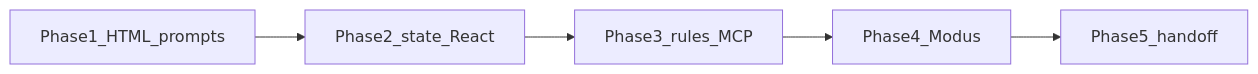
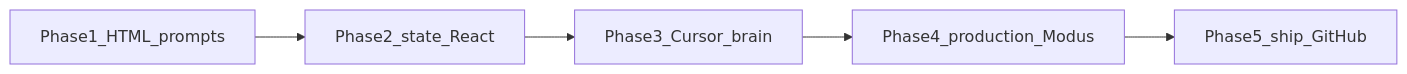
The diagram in docs/vibe-coding-workshop.md (trimble-oss/modus-wc-2.0), drawn with Mermaid before and after one commit. The commit also changed other lines of this file and 3 other files, not shown here.

First line of the commit message:
docs: Day 2 as brain, then Modus, then GitHub ship

````diff
--- a/docs/vibe-coding-workshop.md
+++ b/docs/vibe-coding-workshop.md
@@ -52,9 +53,9 @@
 ```mermaid
 flowchart LR
   p1[Phase1_HTML_prompts]
   p2[Phase2_state_React]
-  p3[Phase3_rules_MCP]
-  p4[Phase4_Modus]
-  p5[Phase5_handoff]
+  p3[Phase3_Cursor_brain]
+  p4[Phase4_production_Modus]
+  p5[Phase5_ship_GitHub]
   p1 --> p2 --> p3 --> p4 --> p5
 ```
````
